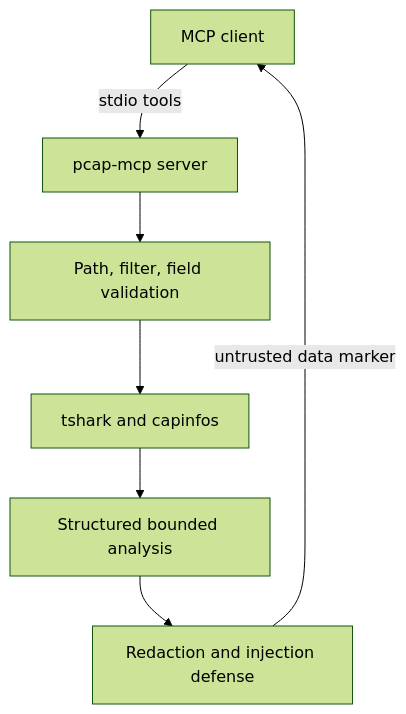
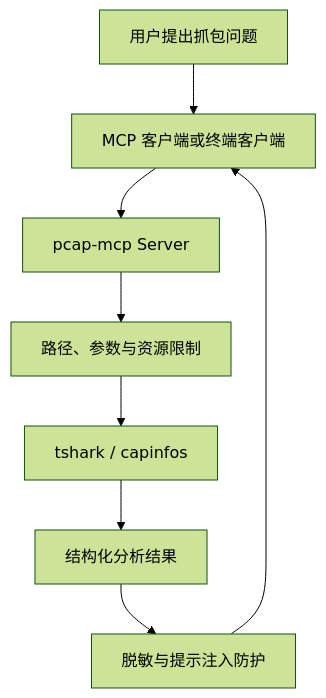
One commit to jiadewoer/pcap-mcp changed the diagram in README.md. Above: the diagram before and after it, drawn with Mermaid (forest theme). The commit also changed other lines of this file, not shown here.

````diff
--- a/README.md
+++ b/README.md
@@ -29,9 +24,10 @@
 ```mermaid
 flowchart TD
-    A["MCP client"] -->|"stdio tools"| B["pcap-mcp server"]
-    B --> C["Path, filter, field validation"]
-    C --> D["tshark and capinfos"]
-    D --> E["Structured bounded analysis"]
-    E --> F["Redaction and injection defense"]
-    F -->|"untrusted data marker"| A
+    A["用户提出抓包问题"] --> B["MCP 客户端或终端客户端"]
+    B --> C["pcap-mcp Server"]
+    C --> D["路径、参数与资源限制"]
+    D --> E["tshark / capinfos"]
+    E --> F["结构化分析结果"]
+    F --> G["脱敏与提示注入防护"]
+    G --> B
 ```
````
